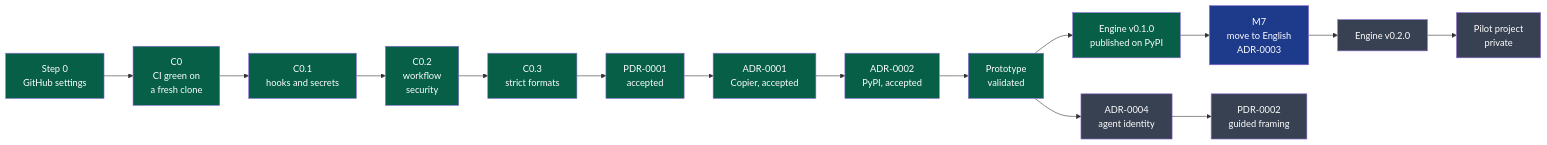
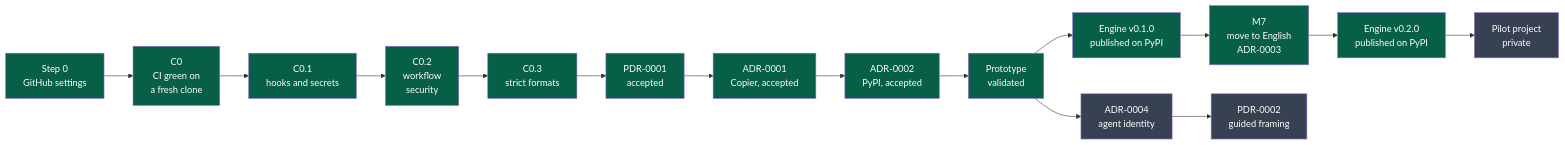
The first of 2 diagrams in docs/governance/workstreams.md (NapkinStack/engineering-os), drawn with Mermaid before and after one commit. The commit also changed other lines of this file and 7 other files, not shown here.

````diff
--- a/docs/governance/workstreams.md
+++ b/docs/governance/workstreams.md
@@ -10,23 +10,23 @@
 ```mermaid
 flowchart LR
     S0["Step 0<br/>GitHub settings"]:::done --> C0["C0<br/>CI green on<br/>a fresh clone"]:::done
     C0 --> C01["C0.1<br/>hooks and secrets"]:::done
     C01 --> C02["C0.2<br/>workflow<br/>security"]:::done
     C02 --> C03["C0.3<br/>strict formats"]:::done
     C03 --> PDR["PDR-0001<br/>accepted"]:::done
     PDR --> A1["ADR-0001<br/>Copier, accepted"]:::done
     A1 --> A2["ADR-0002<br/>PyPI, accepted"]:::done
     A2 --> PT["Prototype<br/>validated"]:::done
     PT --> RP["Engine v0.1.0<br/>published on PyPI"]:::done
-    RP --> M7["M7<br/>move to English<br/>ADR-0003"]:::wip
-    M7 --> V2["Engine v0.2.0"]:::todo
+    RP --> M7["M7<br/>move to English<br/>ADR-0003"]:::done
+    M7 --> V2["Engine v0.2.0<br/>published on PyPI"]:::done
     V2 --> PP["Pilot project<br/>private"]:::todo
     PT --> A4["ADR-0004<br/>agent identity"]:::todo
     A4 --> P2["PDR-0002<br/>guided framing"]:::todo
 
     classDef done fill:#065f46,color:#fff
     classDef wip fill:#1e3a8a,color:#fff
     classDef partial fill:#92400e,color:#fff
     classDef todo fill:#374151,color:#fff
     classDef blocked fill:#7c2d12,color:#fff
 ```
````
